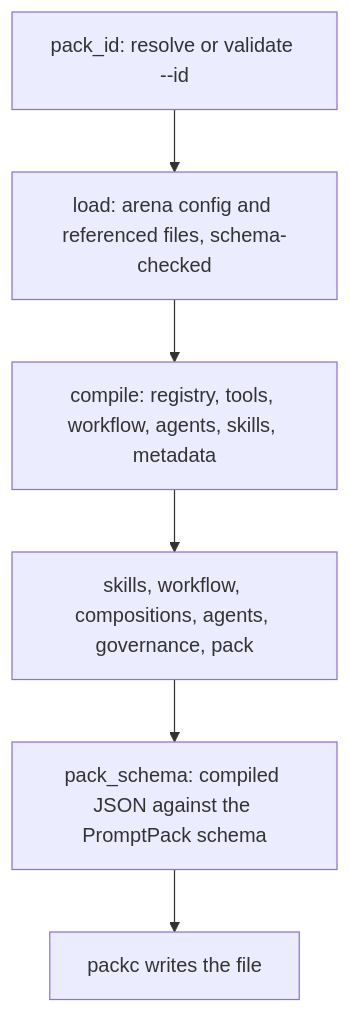
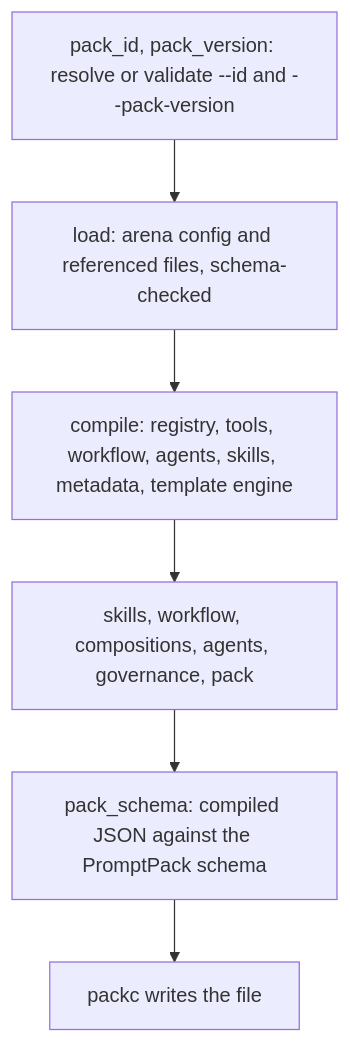
The diagram in docs/src/content/docs/packc/explanation/compilation.md (AltairaLabs/promptarena), drawn with Mermaid before and after one commit. The commit also changed other lines of this file and 68 other files, not shown here.

First line of the commit message:
fix(packc): share pack checks across compile, compile-prompt and validate

````diff
--- a/docs/src/content/docs/packc/explanation/compilation.md
+++ b/docs/src/content/docs/packc/explanation/compilation.md
@@ -30,10 +31,10 @@
 ```mermaid
 flowchart TD
-  id["pack_id: resolve or validate --id"]
+  id["pack_id, pack_version: resolve or validate --id and --pack-version"]
   load["load: arena config and referenced files, schema-checked"]
-  compile["compile: registry, tools, workflow, agents, skills, metadata"]
+  compile["compile: registry, tools, workflow, agents, skills, metadata, template engine"]
   checks["skills, workflow, compositions, agents, governance, pack"]
   schema["pack_schema: compiled JSON against the PromptPack schema"]
   out["packc writes the file"]
   id --> load --> compile --> checks --> schema --> out
 ```
````
